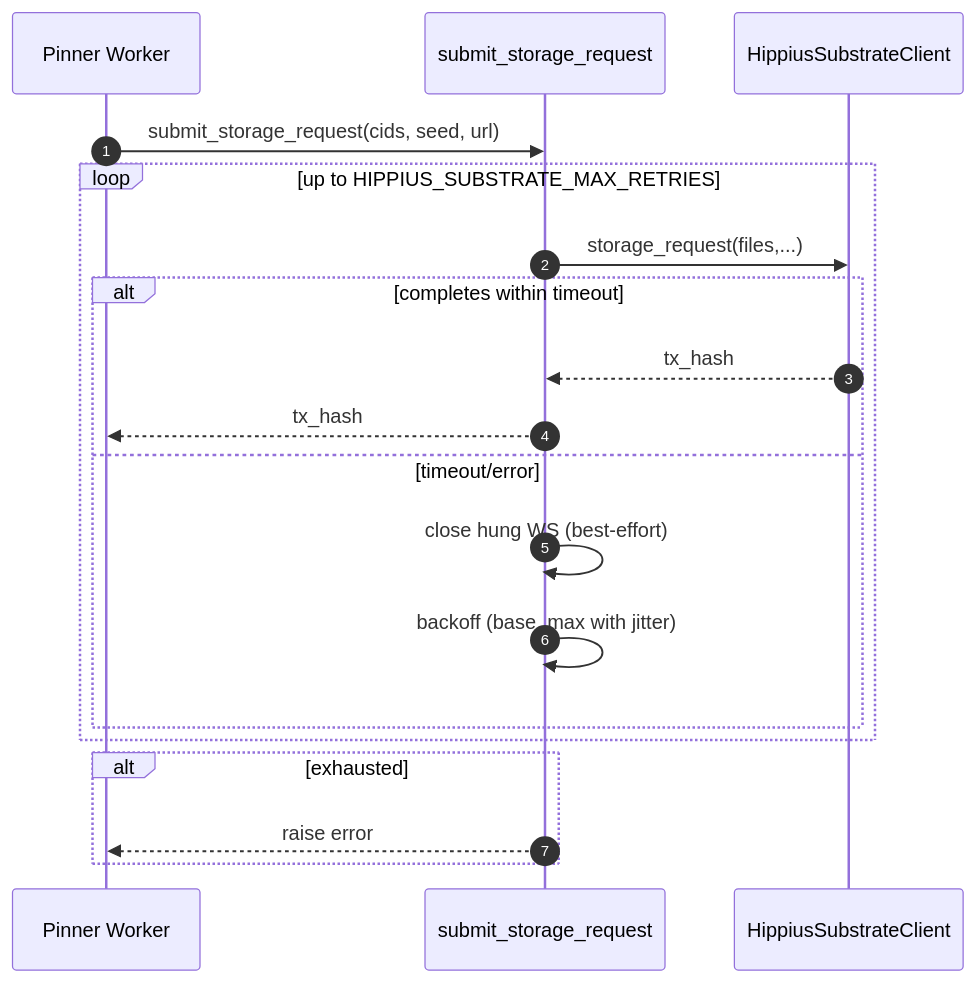
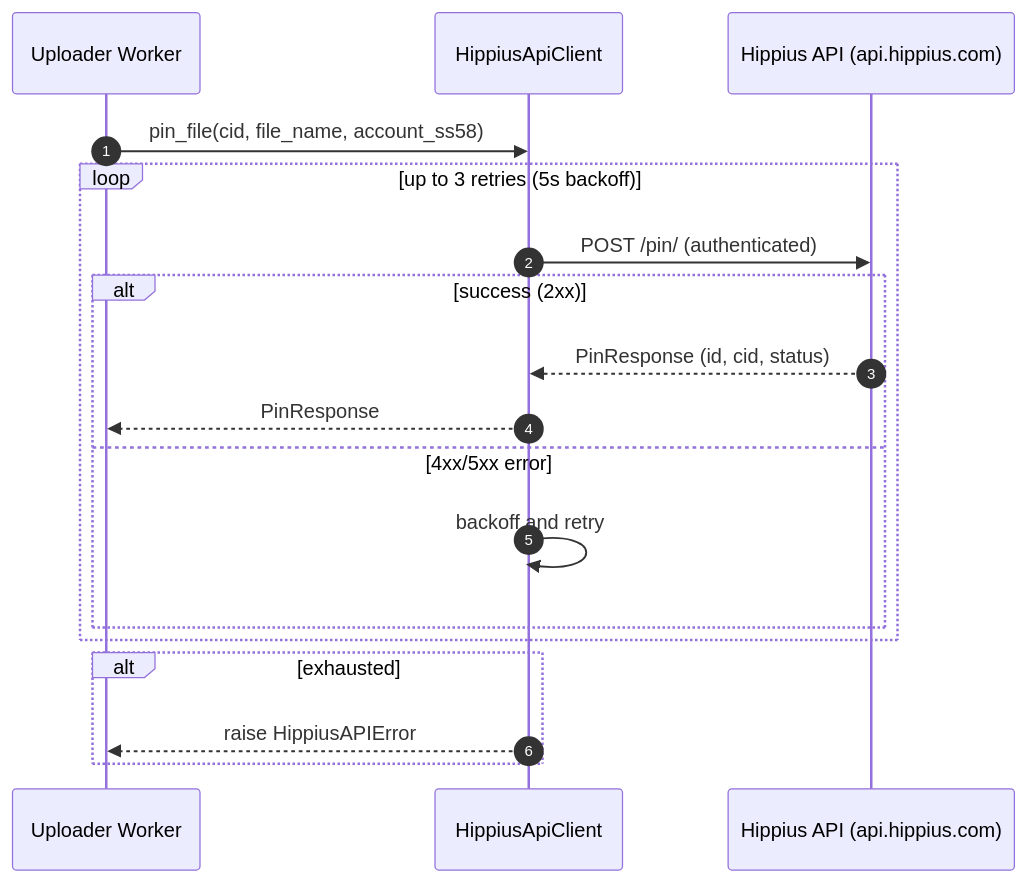
The diagram in docs/sequence-substrate-retry.md (thenervelab/hippius-s3), drawn with Mermaid before and after one commit. The commit also changed other lines of this file and 11 other files, not shown here.

````diff
--- a/docs/sequence-substrate-retry.md
+++ b/docs/sequence-substrate-retry.md
@@ -3,22 +7,21 @@
 ```mermaid
 sequenceDiagram
     autonumber
-    participant Worker as Pinner Worker
-    participant Wrapper as submit_storage_request
-    participant SDK as HippiusSubstrateClient
+    participant Worker as Uploader Worker
+    participant API as HippiusApiClient
+    participant Hippius as Hippius API (api.hippius.com)
 
-    Worker->>Wrapper: submit_storage_request(cids, seed, url)
-    loop up to HIPPIUS_SUBSTRATE_MAX_RETRIES
-        Wrapper->>SDK: storage_request(files,...)
-        alt completes within timeout
-            SDK-->>Wrapper: tx_hash
-            Wrapper-->>Worker: tx_hash
-        else timeout/error
-            Wrapper->>Wrapper: close hung WS (best-effort)
-            Wrapper->>Wrapper: backoff (base..max with jitter)
+    Worker->>API: pin_file(cid, file_name, account_ss58)
+    loop up to 3 retries (5s backoff)
+        API->>Hippius: POST /pin/ (authenticated)
+        alt success (2xx)
+            Hippius-->>API: PinResponse (id, cid, status)
+            API-->>Worker: PinResponse
+        else 4xx/5xx error
+            API->>API: backoff and retry
         end
     end
     alt exhausted
-        Wrapper-->>Worker: raise error
+        API-->>Worker: raise HippiusAPIError
     end
 ```
````
